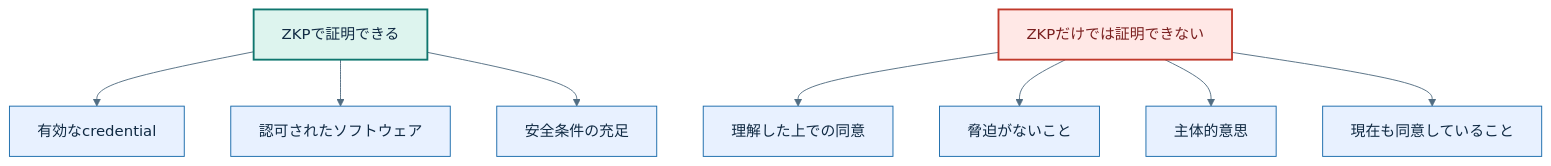
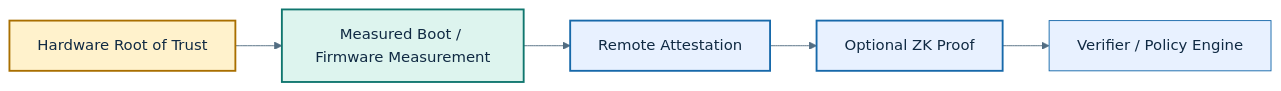
One commit to kukukucode/cogauth changed the fourth of 7 diagrams in README.md. Above: the diagram before and after it, drawn with Mermaid. The commit also changed other lines of this file, not shown here.

````diff
--- a/README.md
+++ b/README.md
@@ -438,36 +339,22 @@
 ```mermaid
 %%{init: {"theme":"base","themeVariables":{
   "background":"#FFFFFF",
   "primaryColor":"#E8F1FF",
   "primaryTextColor":"#102A43",
   "primaryBorderColor":"#1769AA",
   "secondaryColor":"#DDF4EE",
   "tertiaryColor":"#FFF2CC",
   "lineColor":"#526D82",
-  "textColor":"#102A43",
-  "fontFamily":"Arial, sans-serif"
+  "textColor":"#102A43"
 }}}%%
-flowchart TB
-    A[ZKPで証明できる]
-    B[有効なcredential]
-    C[認可されたソフトウェア]
-    D[安全条件の充足]
+flowchart LR
+    R[Hardware Root of Trust] --> M[Measured Boot / Firmware Measurement]
+    M --> A[Remote Attestation]
+    A --> Z[Optional ZK Proof]
+    Z --> V[Verifier / Policy Engine]
 
-    E[ZKPだけでは証明できない]
-    F[理解した上での同意]
-    G[脅迫がないこと]
-    H[主体的意思]
-    I[現在も同意していること]
-
-    A --> B
-    A --> C
-    A --> D
-
-    E --> F
-    E --> G
-    E --> H
-    E --> I
-
-    style A fill:#DDF4EE,stroke:#0F766E,stroke-width:2px,color:#102A43
-    style E fill:#FFE8E6,stroke:#C0392B,stroke-width:2px,color:#7A1F1F
+    style R fill:#FFF2CC,stroke:#A96F00,stroke-width:2px,color:#102A43
+    style M fill:#DDF4EE,stroke:#0F766E,stroke-width:2px,color:#102A43
+    style A fill:#E8F1FF,stroke:#1769AA,stroke-width:2px,color:#102A43
+    style Z fill:#E8F1FF,stroke:#1769AA,stroke-width:2px,color:#102A43
 ```
````
